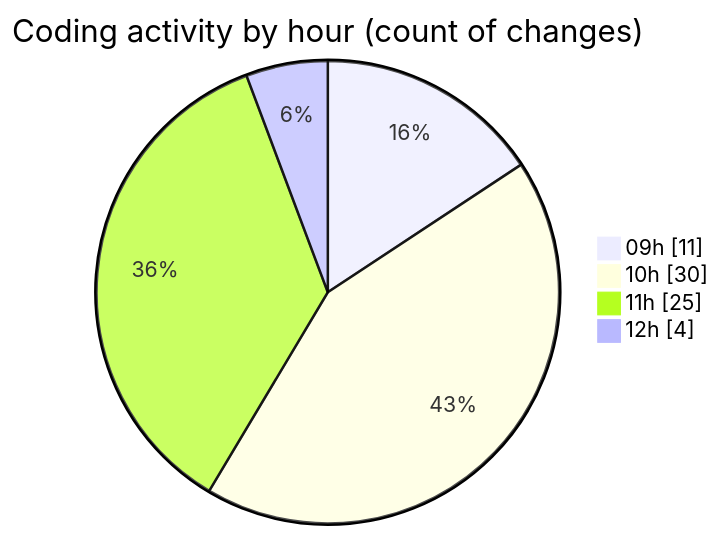
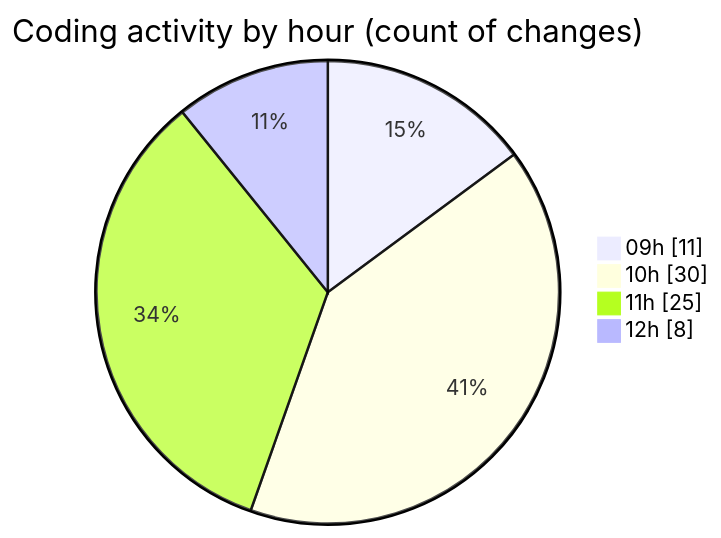
The second of 2 diagrams in 2025-06-24/cda/README.md (momahboobian/code-tracking), drawn with Mermaid before and after one commit. The commit also changed other lines of this file and 1 other file, not shown here.

````diff
--- a/2025-06-24/cda/README.md
+++ b/2025-06-24/cda/README.md
@@ -28,8 +28,8 @@
 ```mermaid
 pie showData
 title Coding activity by hour (count of changes)
 "09h" : 11
 "10h" : 30
 "11h" : 25
-"12h" : 4
+"12h" : 8
 ```
````
